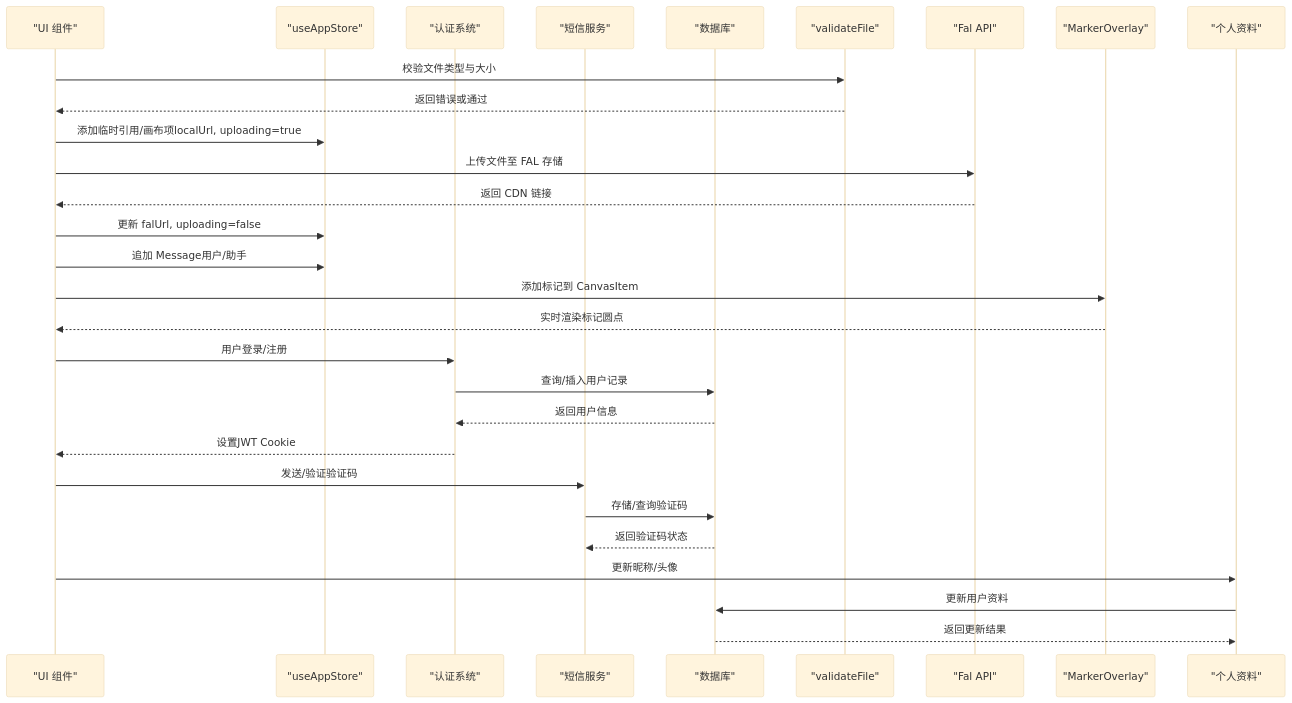
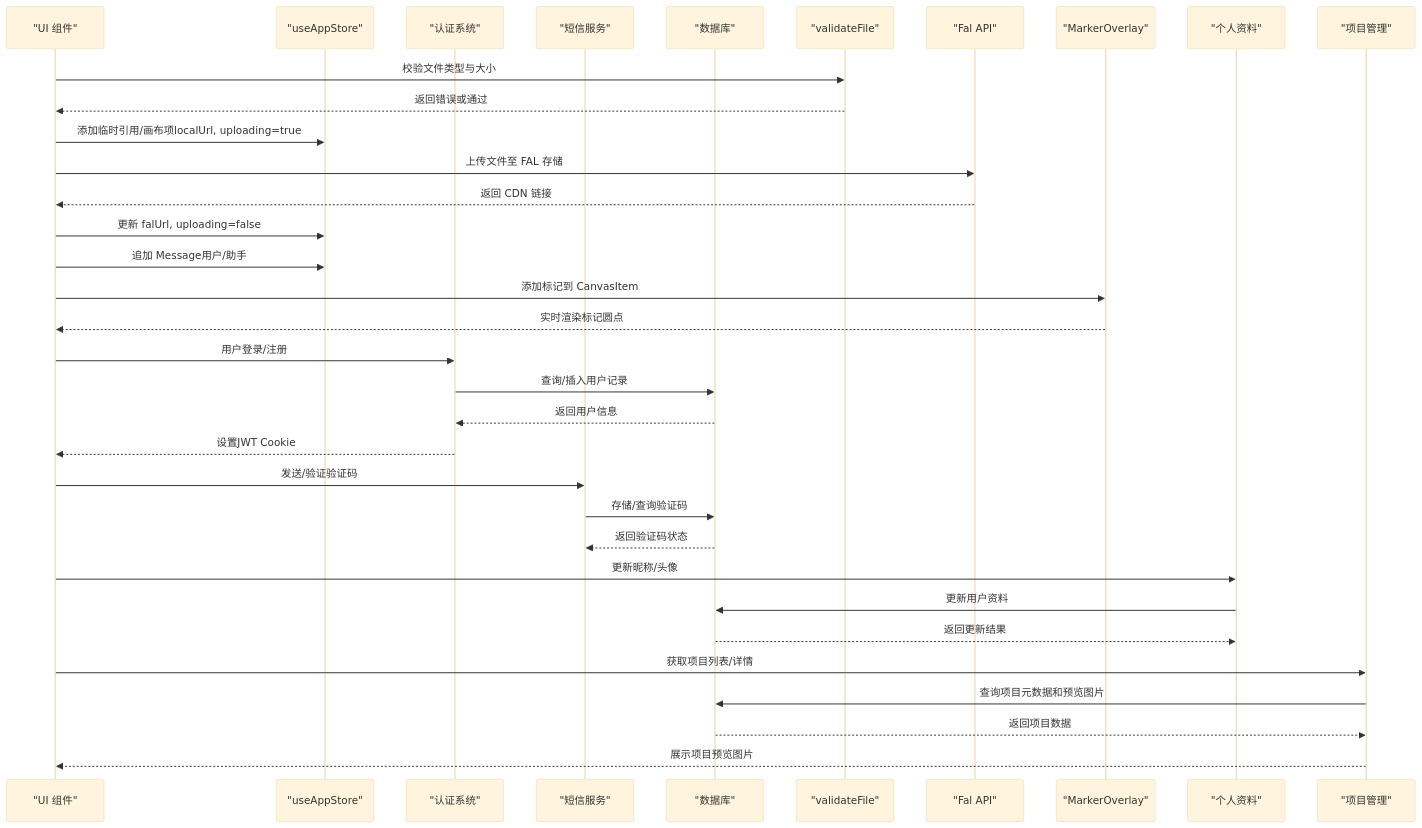
Before and after one commit to billye220670/BananaFlow2: the second of 12 diagrams in .qoder/repowiki/zh/content/数据模型.md, drawn with Mermaid (base theme). The commit also changed other lines of this file and 17 other files, not shown here.

First line of the commit message:
refactor: shimmer单元素架构重构，统一图片URL为Supabase单一来源

````diff
--- a/.qoder/repowiki/zh/content/数据模型.md
+++ b/.qoder/repowiki/zh/content/数据模型.md
@@ -378,31 +444,36 @@
 ```mermaid
 sequenceDiagram
 participant UI as "UI 组件"
 participant Store as "useAppStore"
 participant Auth as "认证系统"
 participant SMS as "短信服务"
 participant DB as "数据库"
 participant Validate as "validateFile"
 participant FAL as "Fal API"
 participant Marker as "MarkerOverlay"
 participant Profile as "个人资料"
+participant Projects as "项目管理"
 UI->>Validate : 校验文件类型与大小
 Validate-->>UI : 返回错误或通过
 UI->>Store : 添加临时引用/画布项localUrl, uploading=true
 UI->>FAL : 上传文件至 FAL 存储
 FAL-->>UI : 返回 CDN 链接
 UI->>Store : 更新 falUrl, uploading=false
 UI->>Store : 追加 Message用户/助手
 UI->>Marker : 添加标记到 CanvasItem
 Marker-->>UI : 实时渲染标记圆点
 UI->>Auth : 用户登录/注册
 Auth->>DB : 查询/插入用户记录
 DB-->>Auth : 返回用户信息
 Auth-->>UI : 设置JWT Cookie
 UI->>SMS : 发送/验证验证码
 SMS->>DB : 存储/查询验证码
 DB-->>SMS : 返回验证码状态
 UI->>Profile : 更新昵称/头像
 Profile->>DB : 更新用户资料
 DB-->>Profile : 返回更新结果
+UI->>Projects : 获取项目列表/详情
+Projects->>DB : 查询项目元数据和预览图片
+DB-->>Projects : 返回项目数据
+Projects-->>UI : 展示项目预览图片
 ```
````
